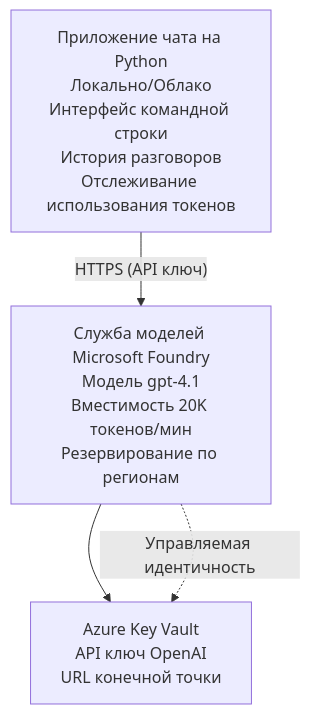
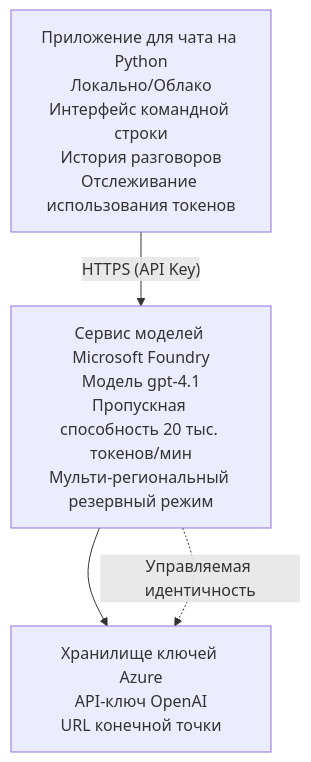
The diagram in translations/ru/examples/azure-openai-chat/README.md (microsoft/AZD-for-beginners), drawn with Mermaid before and after one commit. The commit also changed other lines of this file and 104 other files, not shown here.

````diff
--- a/translations/ru/examples/azure-openai-chat/README.md
+++ b/translations/ru/examples/azure-openai-chat/README.md
@@ -26,6 +26,6 @@
 ```mermaid
 graph TD
-    App[Приложение чата на Python<br/>Локально/Облако<br/>Интерфейс командной строки<br/>История разговоров<br/>Отслеживание использования токенов] -- "HTTPS (API ключ)" --> Foundry[Служба моделей Microsoft Foundry<br/>Модель gpt-4.1<br/>Вместимость 20K токенов/мин<br/>Резервирование по регионам]
-    Foundry --> KV[Azure Key Vault<br/>API ключ OpenAI<br/>URL конечной точки]
+    App[Приложение для чата на Python<br/>Локально/Облако<br/>Интерфейс командной строки<br/>История разговоров<br/>Отслеживание использования токенов] -- "HTTPS (API Key)" --> Foundry[Сервис моделей Microsoft Foundry<br/>Модель gpt-4.1<br/>Пропускная способность 20 тыс. токенов/мин<br/>Мульти-региональный резервный режим]
+    Foundry --> KV[Хранилище ключей Azure<br/>API-ключ OpenAI<br/>URL конечной точки]
     Foundry -. Управляемая идентичность .-> KV
 ```
````
